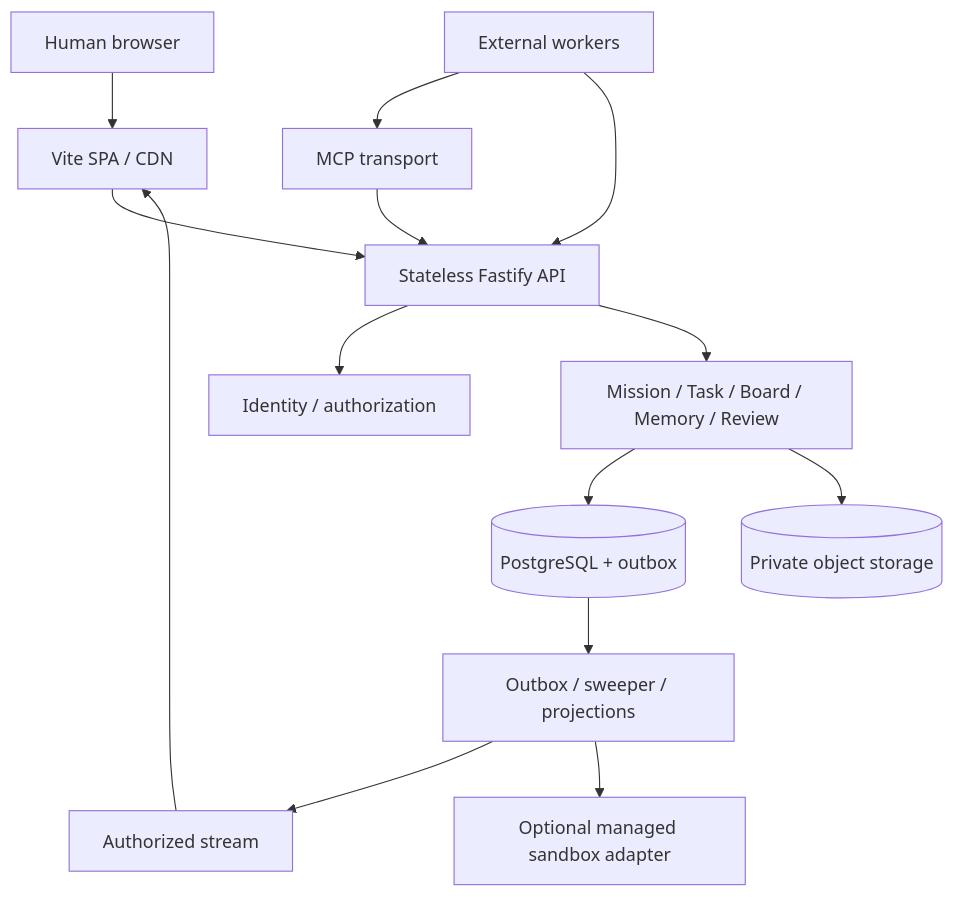
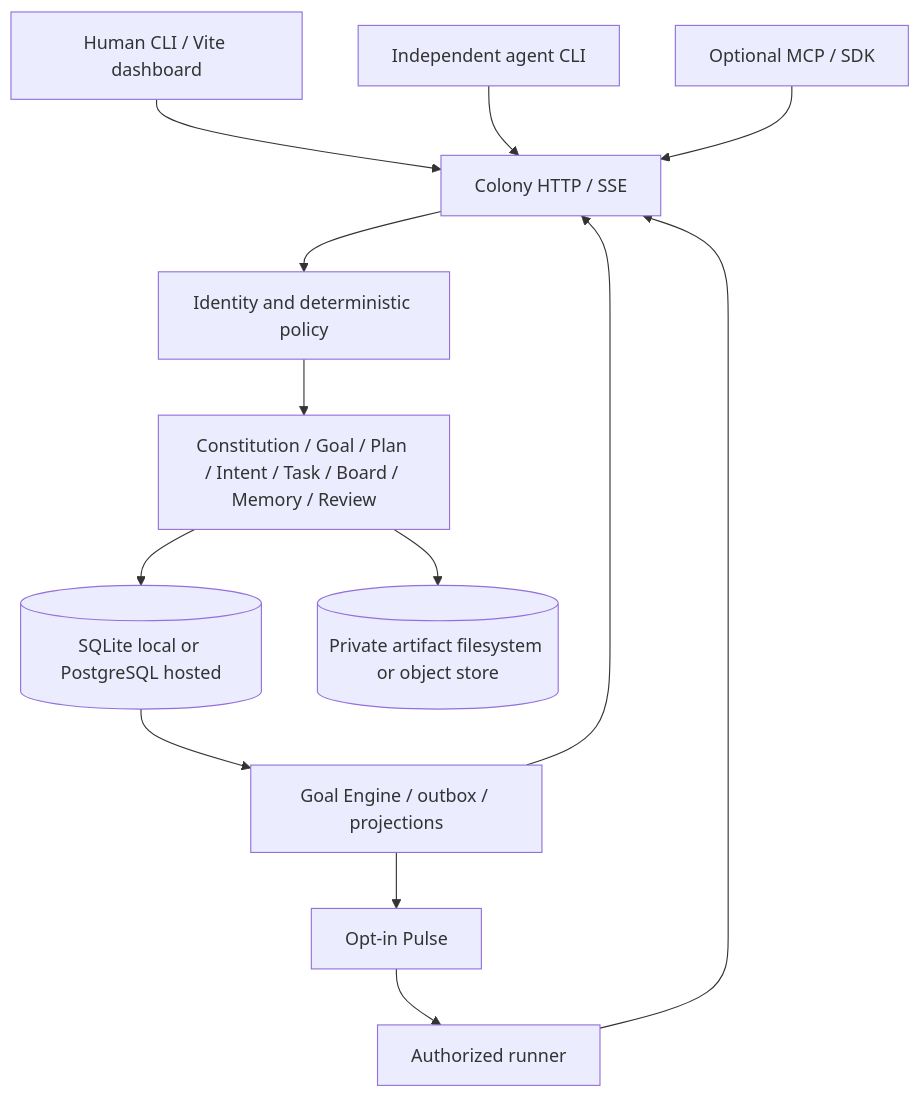
Before and after one commit to brasalabs6/ANTS: the diagram in docs/02-architecture.md, drawn with Mermaid. The commit also changed other lines of this file and 11 other files, not shown here.

Commit message:
docs: reconcile foundational product, domain, API, security and roadmap specs

````diff
--- a/docs/02-architecture.md
+++ b/docs/02-architecture.md
@@ -11,16 +11,15 @@
 ```mermaid
 flowchart TB
-  H[Human browser] --> WEB[Vite SPA / CDN]
-  WEB --> API[Stateless Fastify API]
-  EXT[External workers] --> MCP[MCP transport]
-  MCP --> API
-  EXT --> API
-  API --> AUTH[Identity / authorization]
-  API --> DOMAIN[Mission / Task / Board / Memory / Review]
-  DOMAIN --> PG[(PostgreSQL + outbox)]
-  DOMAIN --> OBJ[(Private object storage)]
-  PG --> WORKER[Outbox / sweeper / projections]
-  WORKER --> SSE[Authorized stream]
-  SSE --> WEB
-  WORKER --> RUNNER[Optional managed sandbox adapter]
+ H[Human CLI / Vite dashboard] --> API[Colony HTTP / SSE]
+ EXT[Independent agent CLI] --> API
+ MCP[Optional MCP / SDK] --> API
+ API --> AUTH[Identity and deterministic policy]
+ AUTH --> CORE[Constitution / Goal / Plan / Intent / Task / Board / Memory / Review]
+ CORE --> STORE[(SQLite local or PostgreSQL hosted)]
+ CORE --> ART[(Private artifact filesystem or object store)]
+ STORE --> RECON[Goal Engine / outbox / projections]
+ RECON --> PULSE[Opt-in Pulse]
+ PULSE --> RUNNER[Authorized runner]
+ RUNNER --> API
+ RECON --> API
 ```
````
